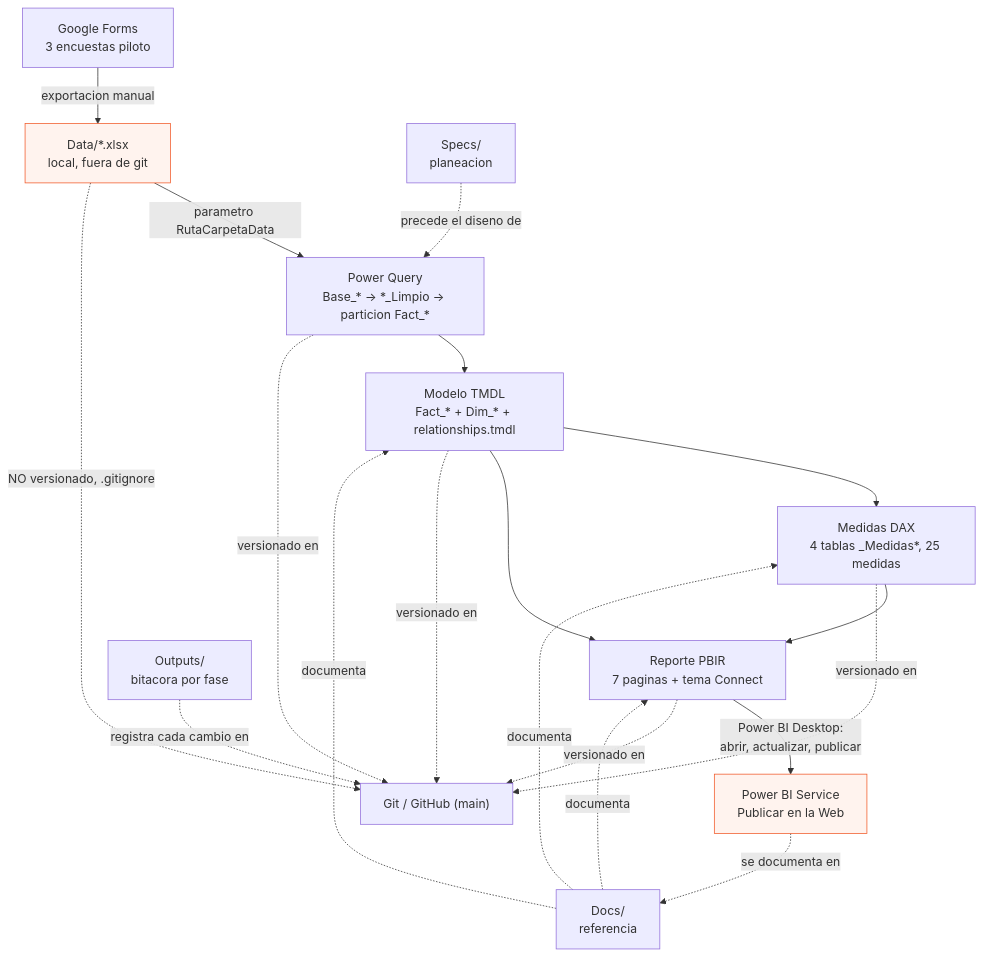
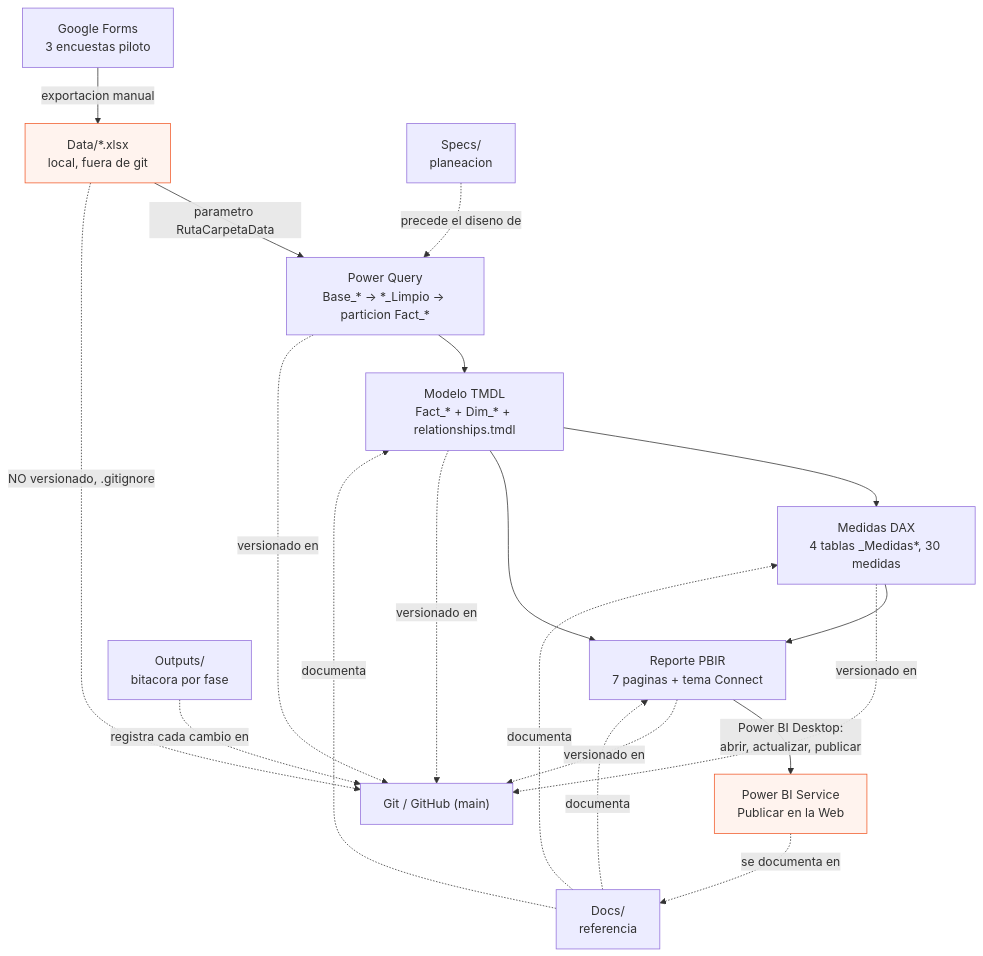
One commit to HarvLopez91/pbi-indicadores-connect changed the diagram in Docs/07_arquitectura_sistema.md. Above: the diagram before and after it, drawn with Mermaid. The commit also changed other lines of this file and 7 other files, not shown here.

````diff
--- a/Docs/07_arquitectura_sistema.md
+++ b/Docs/07_arquitectura_sistema.md
@@ -9,26 +9,26 @@
 ```mermaid
 flowchart TD
     A["Google Forms<br/>3 encuestas piloto"] -->|"exportacion manual"| B["Data/*.xlsx<br/>local, fuera de git"]
     B -->|"parametro RutaCarpetaData"| C["Power Query<br/>Base_* -> *_Limpio -> particion Fact_*"]
     C --> D["Modelo TMDL<br/>Fact_* + Dim_* + relationships.tmdl"]
-    D --> E["Medidas DAX<br/>4 tablas _Medidas*, 25 medidas"]
+    D --> E["Medidas DAX<br/>4 tablas _Medidas*, 30 medidas"]
     E --> F["Reporte PBIR<br/>7 paginas + tema Connect"]
     D --> F
     F -->|"Power BI Desktop:<br/>abrir, actualizar, publicar"| G["Power BI Service<br/>Publicar en la Web"]
 
     C -.->|"versionado en"| H["Git / GitHub (main)"]
     D -.->|"versionado en"| H
     E -.->|"versionado en"| H
     F -.->|"versionado en"| H
     B -.->|"NO versionado, .gitignore"| H
 
     I["Specs/<br/>planeacion"] -.->|"precede el diseno de"| C
     J["Docs/<br/>referencia"] -.->|"documenta"| D
     J -.->|"documenta"| E
     J -.->|"documenta"| F
     K["Outputs/<br/>bitacora por fase"] -.->|"registra cada cambio en"| H
     G -.->|"se documenta en"| J
 
     style B fill:#FFF3EE,stroke:#F15B2B
     style G fill:#FFF3EE,stroke:#F15B2B
 ```
````
